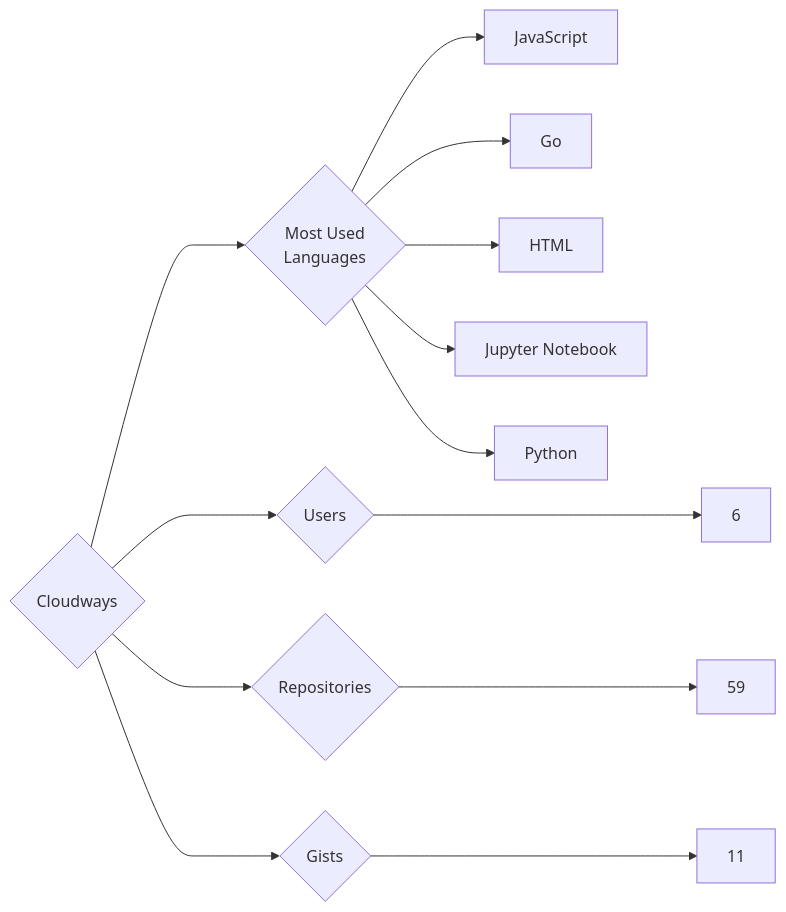
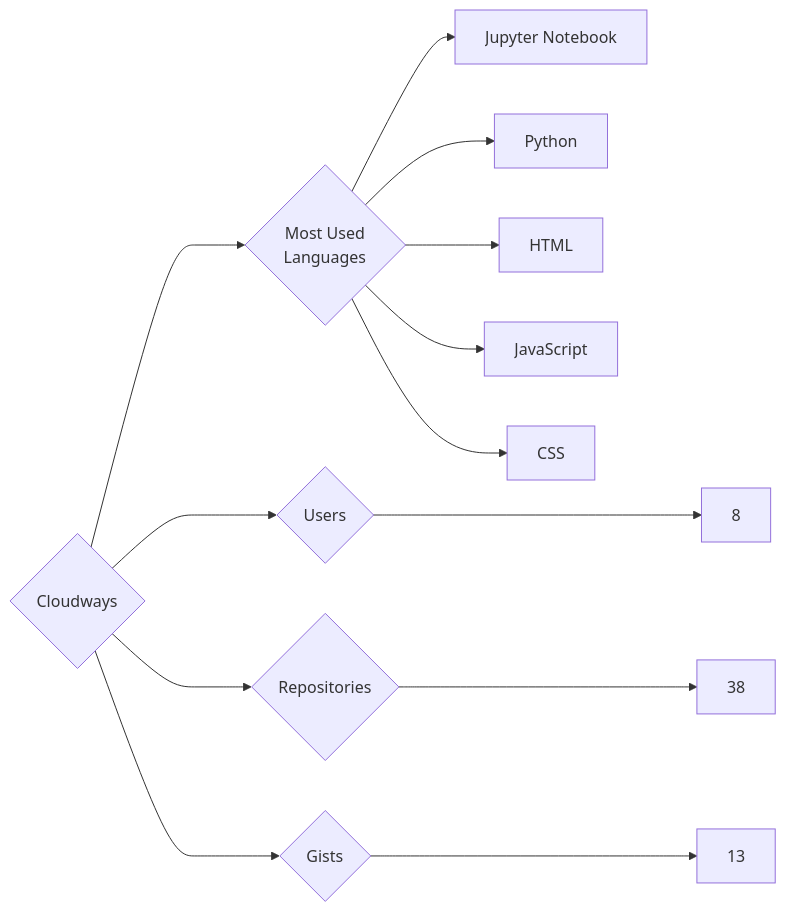
One commit to trickest/insiders changed the diagram in targets/Cloudways/README.md. Above: the diagram before and after it, drawn with Mermaid. The commit also changed 1170 other files, not shown here.

````diff
--- a/targets/Cloudways/README.md
+++ b/targets/Cloudways/README.md
@@ -3,13 +3,13 @@
 ```mermaid
 graph LR
 COMPANY_NAME{Cloudways}
-COMPANY_NAME ---> U{Users} ---> UN[6]
-COMPANY_NAME ---> R{Repositories} ---> RN[59]
-COMPANY_NAME ---> G{Gists} ---> GN[11]
+COMPANY_NAME ---> U{Users} ---> UN[8]
+COMPANY_NAME ---> R{Repositories} ---> RN[38]
+COMPANY_NAME ---> G{Gists} ---> GN[13]
 COMPANY_NAME ---> ML{Most Used<br>Languages}
-ML --> JavaScript[JavaScript]
-ML --> Go[Go]
-ML --> HTML[HTML]
 ML --> Jupyter_Notebook[Jupyter Notebook]
 ML --> Python[Python]
+ML --> HTML[HTML]
+ML --> JavaScript[JavaScript]
+ML --> CSS[CSS]
 ```
````
